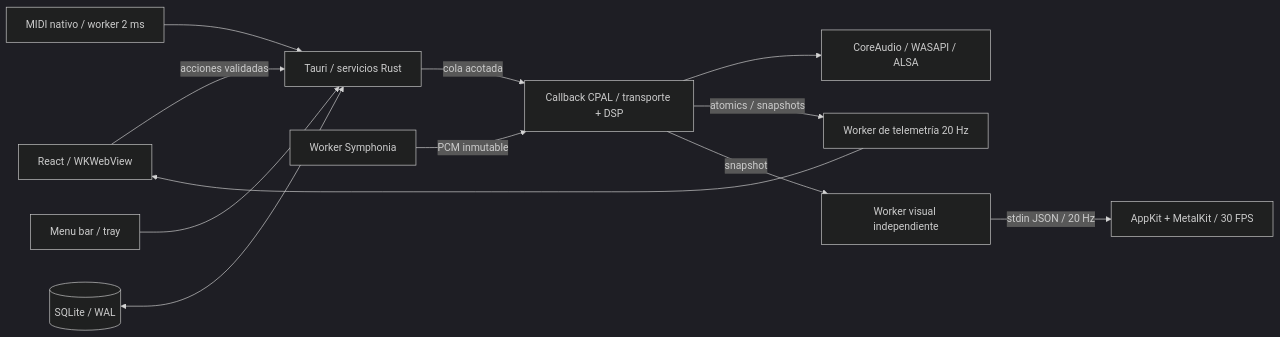
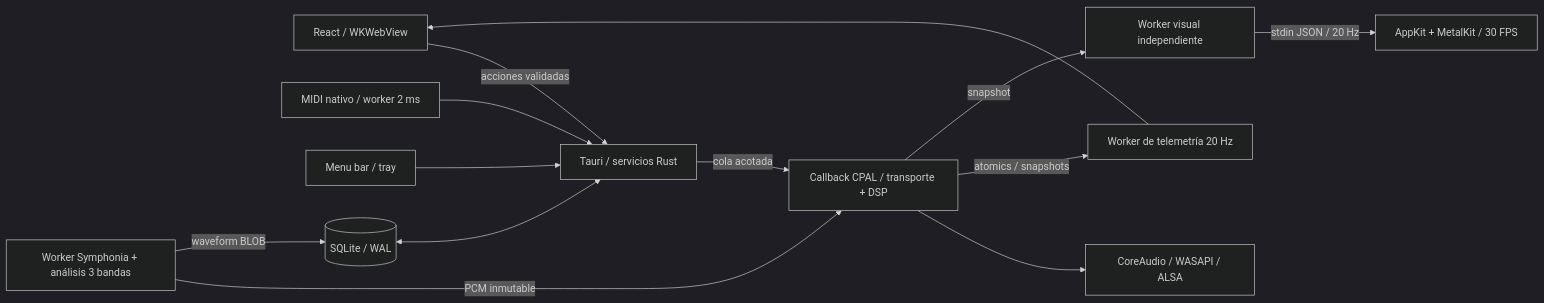
The diagram in docs/ARCHITECTURE.md (nu9ve/curado), drawn with Mermaid (dark theme) before and after one commit. The commit also changed other lines of this file and 111 other files, not shown here.

````diff
--- a/docs/ARCHITECTURE.md
+++ b/docs/ARCHITECTURE.md
@@ -5,14 +5,15 @@
 ```mermaid
 flowchart LR
   UI[React / WKWebView] -->|acciones validadas| APP[Tauri / servicios Rust]
   MIDI[MIDI nativo / worker 2 ms] --> APP
   TRAY[Menu bar / tray] --> APP
   APP -->|cola acotada| AUDIO[Callback CPAL / transporte + DSP]
   DB[(SQLite / WAL)] <--> APP
-  DECODE[Worker Symphonia] -->|PCM inmutable| AUDIO
+  DECODE[Worker Symphonia + análisis 3 bandas] -->|PCM inmutable| AUDIO
+  DECODE -->|waveform BLOB| DB
   AUDIO --> OS[CoreAudio / WASAPI / ALSA]
   AUDIO -->|atomics / snapshots| TELE[Worker de telemetría 20 Hz]
   TELE --> UI
   AUDIO -->|snapshot| VIS[Worker visual independiente]
   VIS -->|stdin JSON / 20 Hz| METAL[AppKit + MetalKit / 30 FPS]
 ```
````
